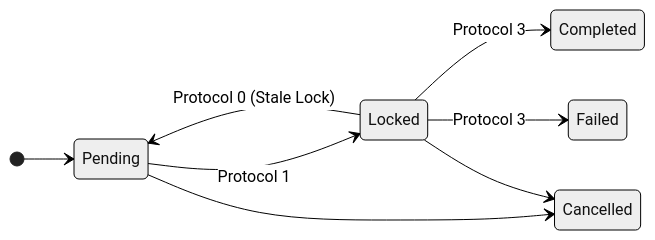
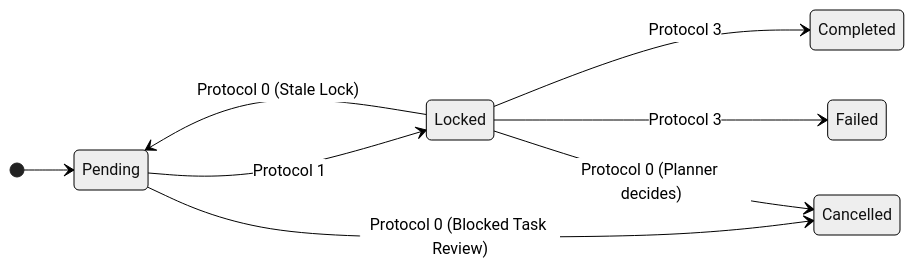
Before and after one commit to Gaubee/jixo: the diagram in packages/cli/prompts/system.md, drawn with Mermaid (neutral theme). The commit also changed other lines of this file and 6 other files, not shown here.

````diff
--- a/packages/cli/prompts/system.md
+++ b/packages/cli/prompts/system.md
@@ -98,11 +157,11 @@
-  ```mermaid
-  stateDiagram-v2
-      direction LR
-      [*] --> Pending
-      Pending --> Locked : Protocol 1
-      Locked --> Completed : Protocol 3
-      Locked --> Failed : Protocol 3
-      Locked --> Pending : Protocol 0 (Stale Lock)
-      Pending --> Cancelled
-      Locked --> Cancelled
-  ```
+```mermaid
+stateDiagram-v2
+    direction LR
+    [*] --> Pending
+    Pending --> Locked : Protocol 1
+    Pending --> Cancelled : Protocol 0 (Blocked Task Review)
+    Locked --> Completed : Protocol 3
+    Locked --> Failed : Protocol 3
+    Locked --> Pending : Protocol 0 (Stale Lock)
+    Locked --> Cancelled : Protocol 0 (Planner decides)
+```
````
